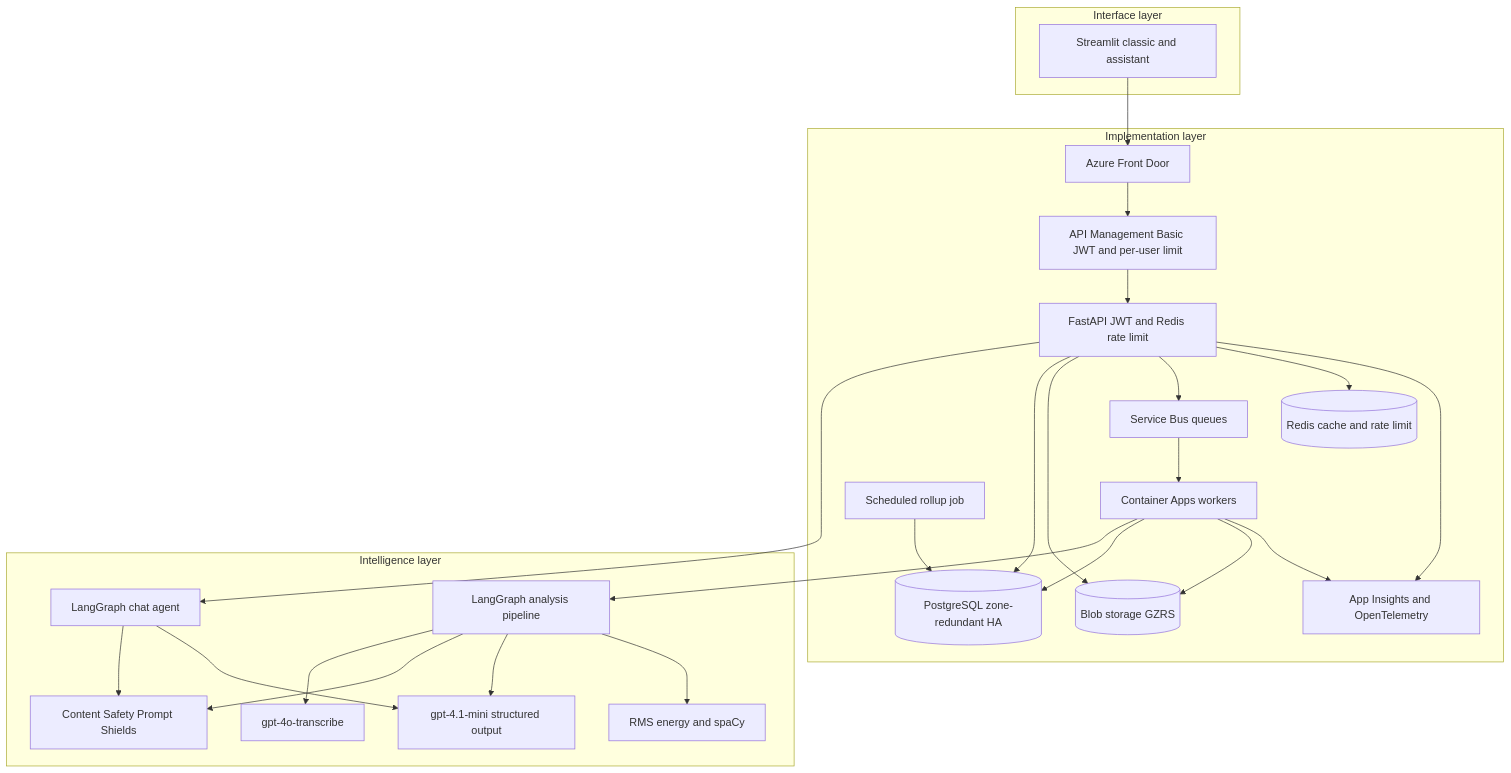
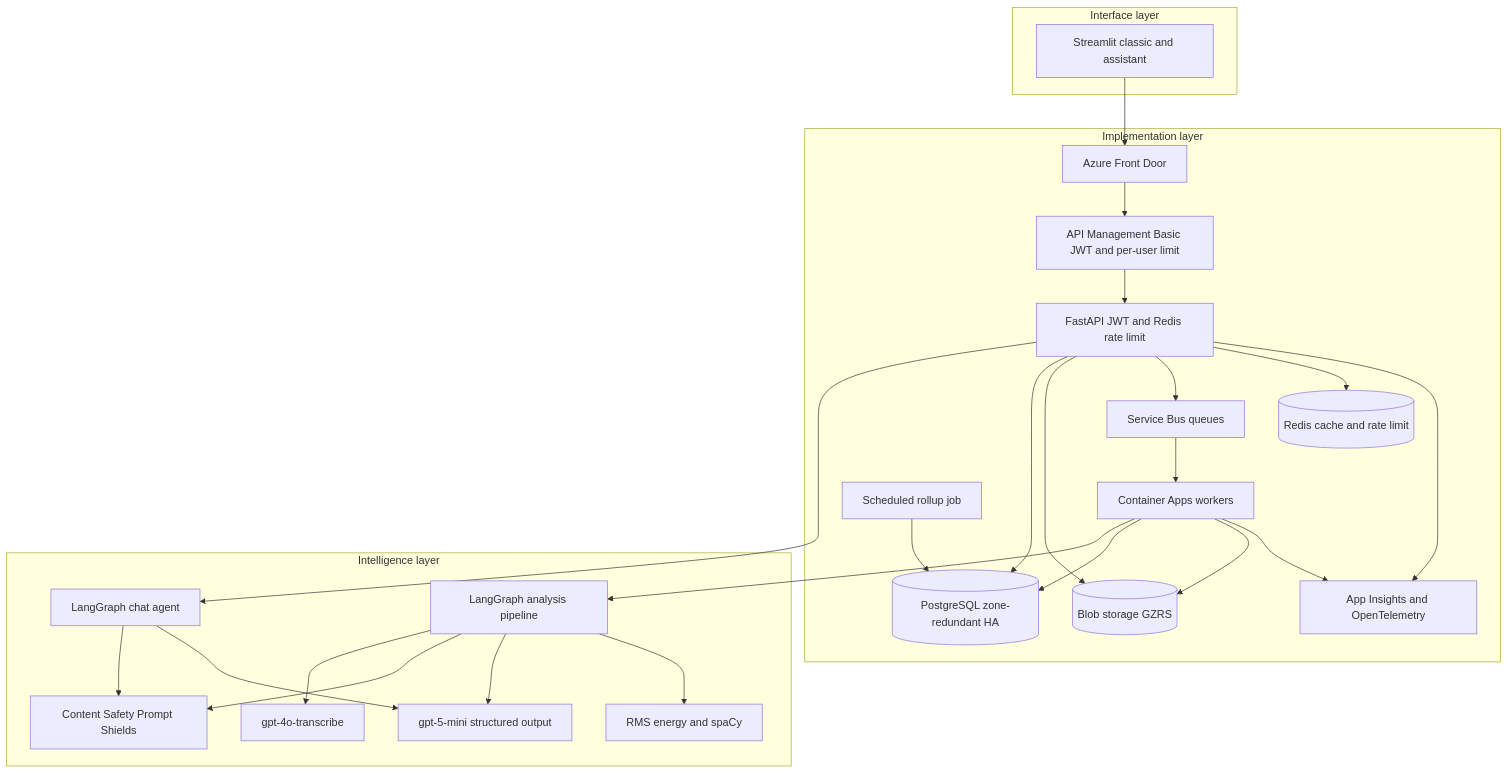
Before and after one commit to highprincezero/wn-voice-analytics: the first of 4 diagrams in README.md, drawn with Mermaid. The commit also changed other lines of this file and 16 other files, not shown here.

First line of the commit message:
Use gpt-5-mini and omit chat temperature unless set.

````diff
--- a/README.md
+++ b/README.md
@@ -40,48 +40,48 @@
 ```mermaid
 flowchart TB
   subgraph interfaceLayer [Interface layer]
     UI[Streamlit classic and assistant]
   end
 
   subgraph implementationLayer [Implementation layer]
     FD[Azure Front Door]
     APIM[API Management Basic JWT and per-user limit]
     API[FastAPI JWT and Redis rate limit]
     SB[Service Bus queues]
     WK[Container Apps workers]
     JOB[Scheduled rollup job]
     PG[(PostgreSQL zone-redundant HA)]
     BLOB[(Blob storage GZRS)]
     CACHE[(Redis cache and rate limit)]
     OBS[App Insights and OpenTelemetry]
   end
 
   subgraph intelligenceLayer [Intelligence layer]
     LG[LangGraph analysis pipeline]
     CHAT[LangGraph chat agent]
     STT[gpt-4o-transcribe]
-    LLM[gpt-4.1-mini structured output]
+    LLM[gpt-5-mini structured output]
     CS[Content Safety Prompt Shields]
     FEAT[RMS energy and spaCy]
   end
 
   UI --> FD --> APIM --> API
   API --> CHAT
   API --> PG
   API --> BLOB
   API --> SB
   API --> CACHE
   CHAT --> CS
   CHAT --> LLM
   SB --> WK
   JOB --> PG
   WK --> LG
   LG --> STT
   LG --> CS
   LG --> LLM
   LG --> FEAT
   WK --> PG
   WK --> BLOB
   API --> OBS
   WK --> OBS
 ```
````
